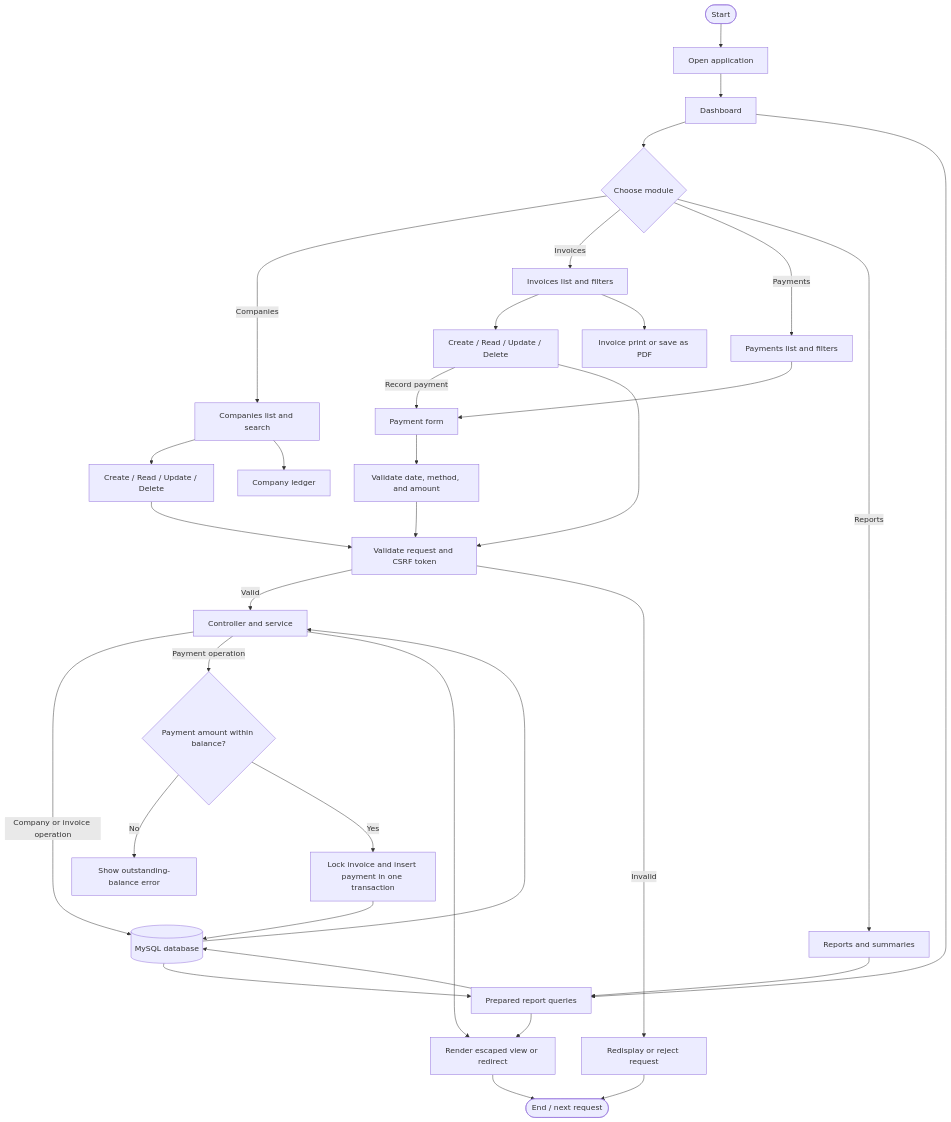
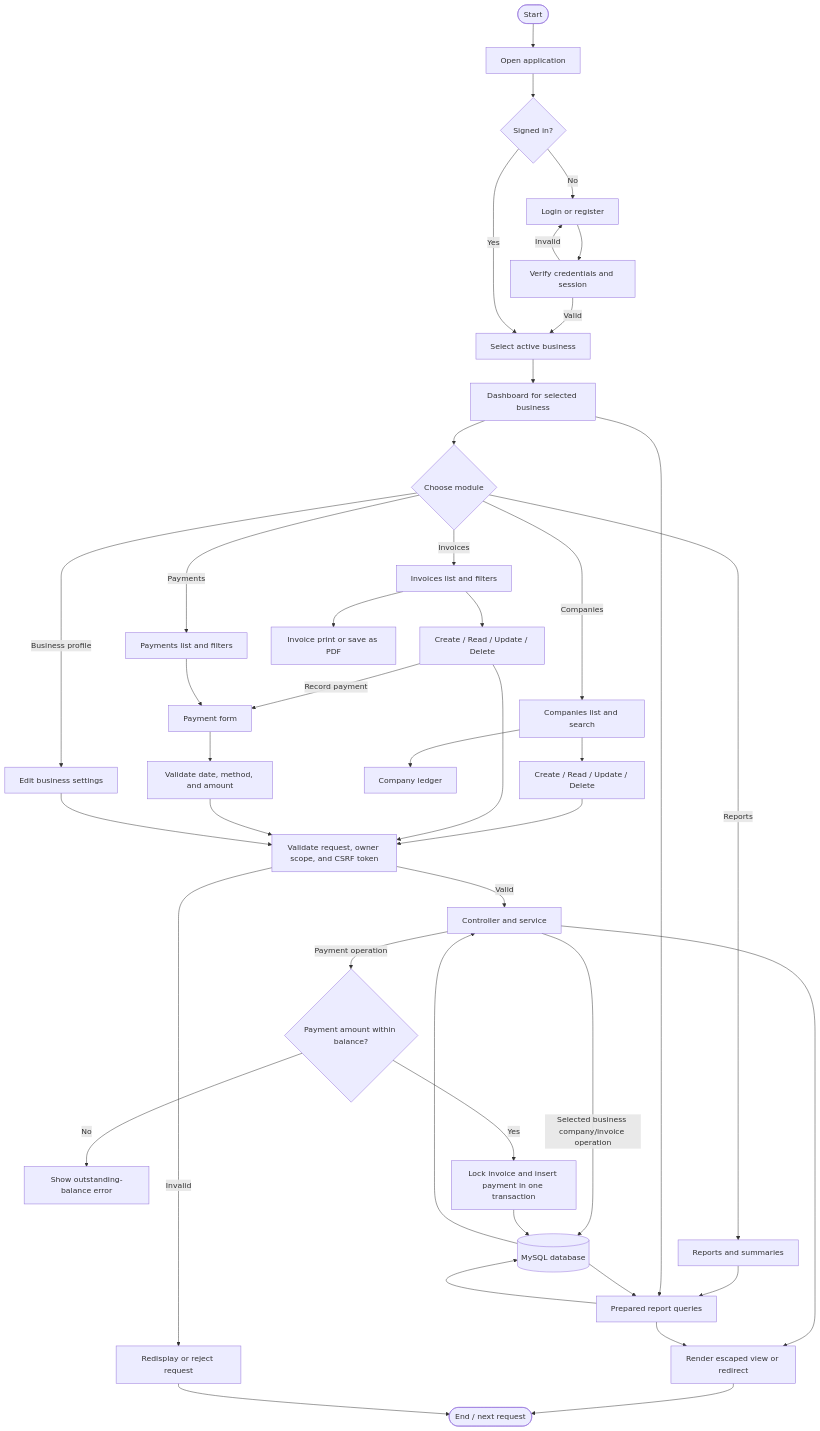
Before and after one commit to khushboobanjara2005-collab/billing-sales-system: the diagram in docs/system-flowchart.md, drawn with Mermaid. The commit also changed other lines of this file and 54 other files, not shown here.

Commit message:
Add multi-business authentication and invoices

````diff
--- a/docs/system-flowchart.md
+++ b/docs/system-flowchart.md
@@ -7,36 +7,44 @@
 ```mermaid
 flowchart TD
     A([Start]) --> B[Open application]
-    B --> C[Dashboard]
-    C --> D{Choose module}
-    D -->|Companies| E[Companies list and search]
-    D -->|Invoices| I[Invoices list and filters]
-    D -->|Payments| P[Payments list and filters]
-    D -->|Reports| R[Reports and summaries]
-    E --> E1[Create / Read / Update / Delete]
-    E --> E2[Company ledger]
+    B --> C{Signed in?}
+    C -->|No| L[Login or register]
+    L --> L1[Verify credentials and session]
+    L1 -->|Valid| S[Select active business]
+    L1 -->|Invalid| L
+    C -->|Yes| S
+    S --> D[Dashboard for selected business]
+    D --> E{Choose module}
+    E -->|Companies| C1[Companies list and search]
+    E -->|Invoices| I[Invoices list and filters]
+    E -->|Payments| P[Payments list and filters]
+    E -->|Reports| R[Reports and summaries]
+    E -->|Business profile| B1[Edit business settings]
+    C1 --> E1[Create / Read / Update / Delete]
+    C1 --> E2[Company ledger]
     I --> I1[Create / Read / Update / Delete]
     I --> I2[Invoice print or save as PDF]
     I1 -->|Record payment| P1[Payment form]
     P --> P1
     P1 --> P2[Validate date, method, and amount]
-    E1 --> V[Validate request and CSRF token]
+    E1 --> V[Validate request, owner scope, and CSRF token]
     I1 --> V
     P2 --> V
+    B1 --> V
     V -->|Valid| M[Controller and service]
     V -->|Invalid| X[Redisplay or reject request]
-    M -->|Company or invoice operation| DB[(MySQL database)]
+    M -->|Selected business company/invoice operation| DB[(MySQL database)]
     M -->|Payment operation| P3{Payment amount within balance?}
     P3 -->|No| P4[Show outstanding-balance error]
     P3 -->|Yes| P5[Lock invoice and insert payment in one transaction]
     P5 --> DB
     DB --> M
     M --> O[Render escaped view or redirect]
     R --> Q[Prepared report queries]
-    C --> Q
+    D --> Q
     Q --> DB
     DB --> Q
     Q --> O
     O --> Z([End / next request])
     X --> Z
 ```
````
